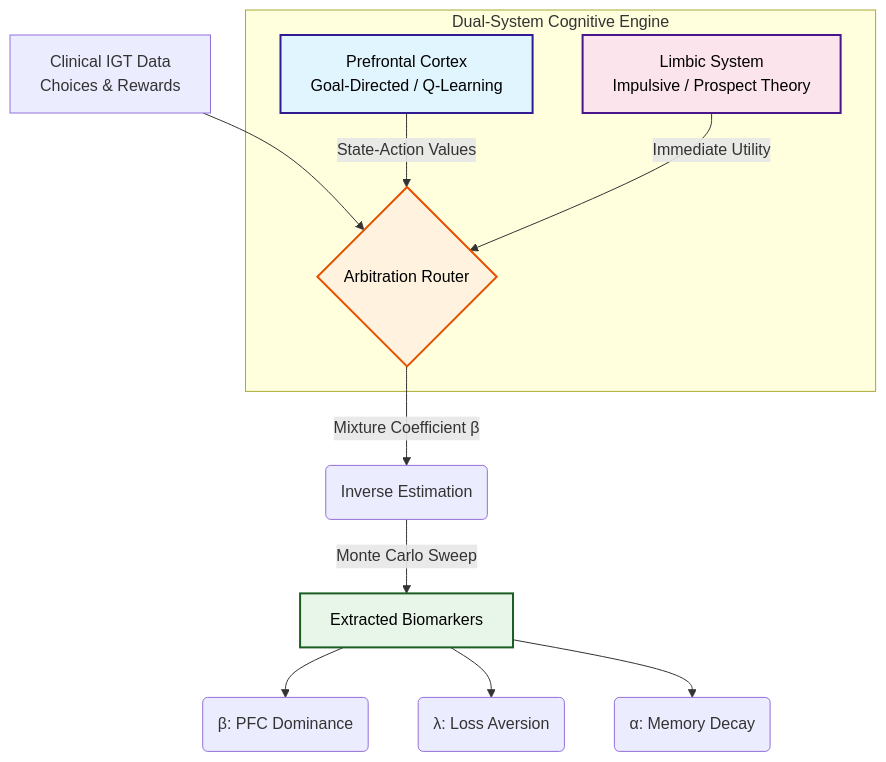
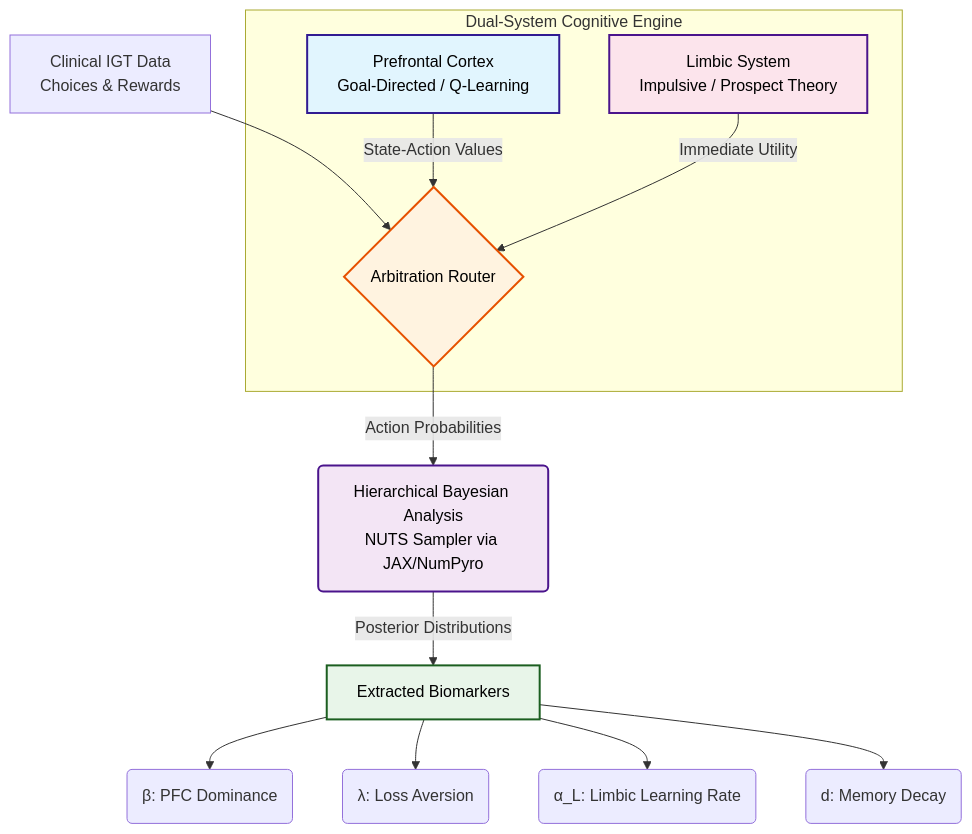
Before and after one commit to Mehul1729/RL-for-IGT: the diagram in README.md, drawn with Mermaid.

````diff
--- a/README.md
+++ b/README.md
@@ -3,21 +3,23 @@
 ```mermaid
 graph TD
     A[Clinical IGT Data<br>Choices & Rewards] --> M
 
     subgraph Dual-System Cognitive Engine
         P[Prefrontal Cortex<br>Goal-Directed / Q-Learning] -->|State-Action Values| M{Arbitration Router}
         L[Limbic System<br>Impulsive / Prospect Theory] -->|Immediate Utility| M
     end
 
-    M -->|Mixture Coefficient β| E(Inverse Estimation)
-    E -->|Monte Carlo Sweep| B[Extracted Biomarkers]
+    M -->|Action Probabilities| E(Hierarchical Bayesian Analysis<br>NUTS Sampler via JAX/NumPyro)
+    E -->|Posterior Distributions| B[Extracted Biomarkers]
 
     B --> B1(β: PFC Dominance)
     B --> B2(λ: Loss Aversion)
-    B --> B3(α: Memory Decay)
+    B --> B3(α_L: Limbic Learning Rate)
+    B --> B4(d: Memory Decay)
     
     style P fill:#e1f5fe,stroke:#311b92,color:#000000,stroke-width:2px
     style L fill:#fce4ec,stroke:#4a148c,color:#000000,stroke-width:2px
     style M fill:#fff3e0,stroke:#e65100,color:#000000,stroke-width:2px
+    style E fill:#f3e5f5,stroke:#4a148c,color:#000000,stroke-width:2px
     style B fill:#e8f5e9,stroke:#1b5e20,color:#000000,stroke-width:2px
 ```
````
